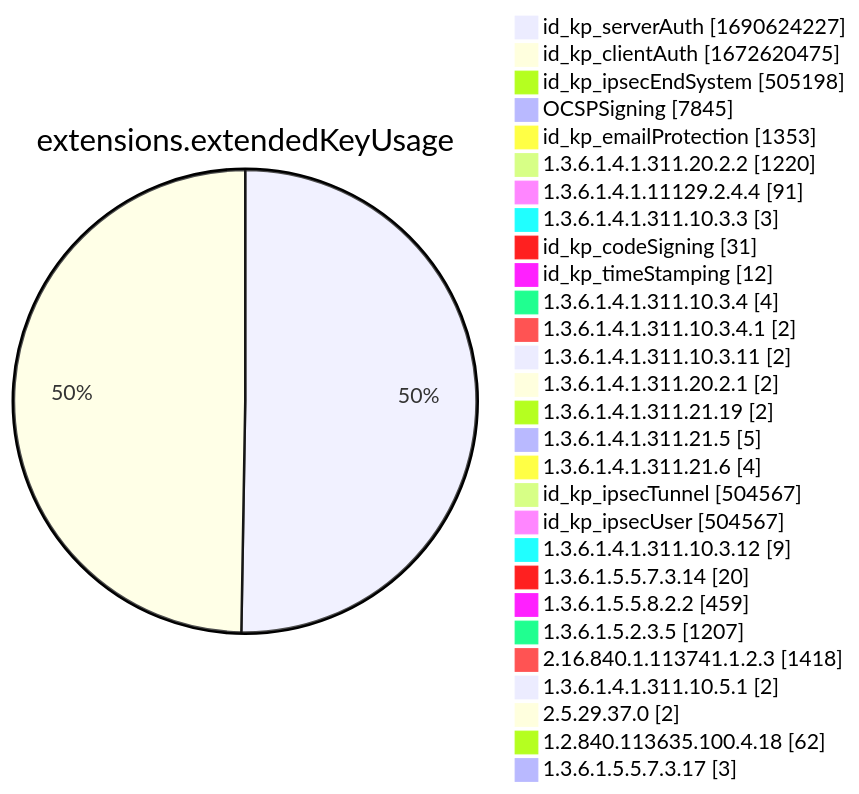
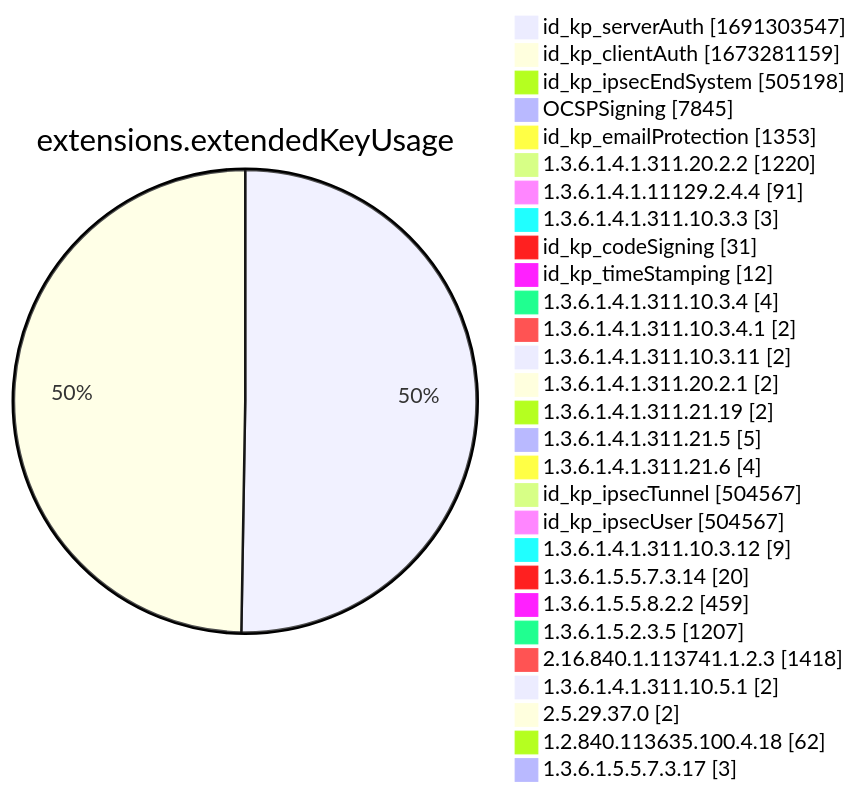
One commit to christiankrug/ctmonitor_visualization changed diagram 12 of 15 in xenon2022/README.md. Above: the diagram before and after it, drawn with Mermaid. The commit also changed other lines of this file, not shown here.

````diff
--- a/xenon2022/README.md
+++ b/xenon2022/README.md
@@ -3888,32 +3888,32 @@
 ```mermaid
 pie showData
 title extensions.extendedKeyUsage
-"id_kp_serverAuth" :1690624227
-"id_kp_clientAuth" :1672620475
+"id_kp_serverAuth" :1691303547
+"id_kp_clientAuth" :1673281159
 "id_kp_ipsecEndSystem" :505198
 "OCSPSigning" :7845
 "id_kp_emailProtection" :1353
 "1.3.6.1.4.1.311.20.2.2" :1220
 "1.3.6.1.4.1.11129.2.4.4" :91
 "1.3.6.1.4.1.311.10.3.3" :3
 "id_kp_codeSigning" :31
 "id_kp_timeStamping" :12
 "1.3.6.1.4.1.311.10.3.4" :4
 "1.3.6.1.4.1.311.10.3.4.1" :2
 "1.3.6.1.4.1.311.10.3.11" :2
 "1.3.6.1.4.1.311.20.2.1" :2
 "1.3.6.1.4.1.311.21.19" :2
 "1.3.6.1.4.1.311.21.5" :5
 "1.3.6.1.4.1.311.21.6" :4
 "id_kp_ipsecTunnel" :504567
 "id_kp_ipsecUser" :504567
 "1.3.6.1.4.1.311.10.3.12" :9
 "1.3.6.1.5.5.7.3.14" :20
 "1.3.6.1.5.5.8.2.2" :459
 "1.3.6.1.5.2.3.5" :1207
 "2.16.840.1.113741.1.2.3" :1418
 "1.3.6.1.4.1.311.10.5.1" :2
 "2.5.29.37.0" :2
 "1.2.840.113635.100.4.18" :62
 "1.3.6.1.5.5.7.3.17" :3
 ```
````
